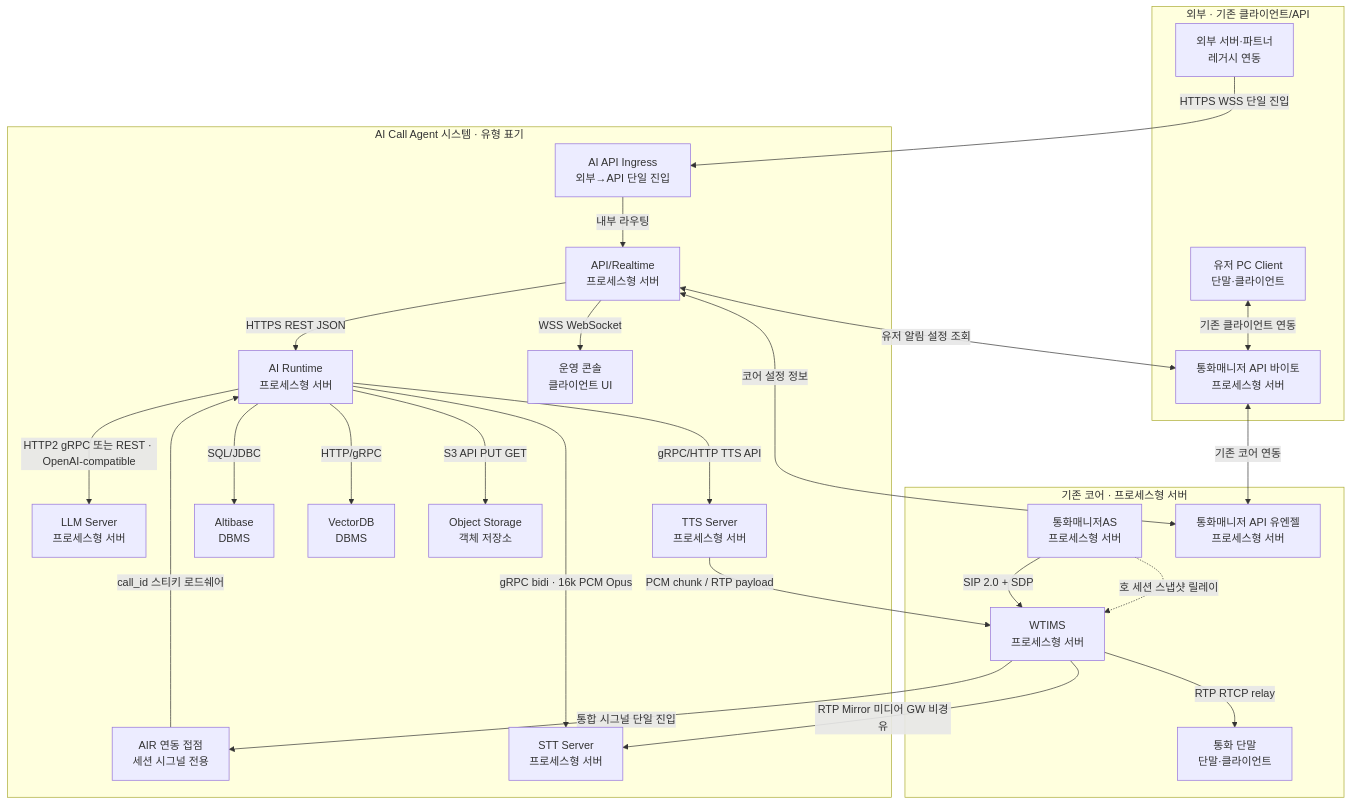
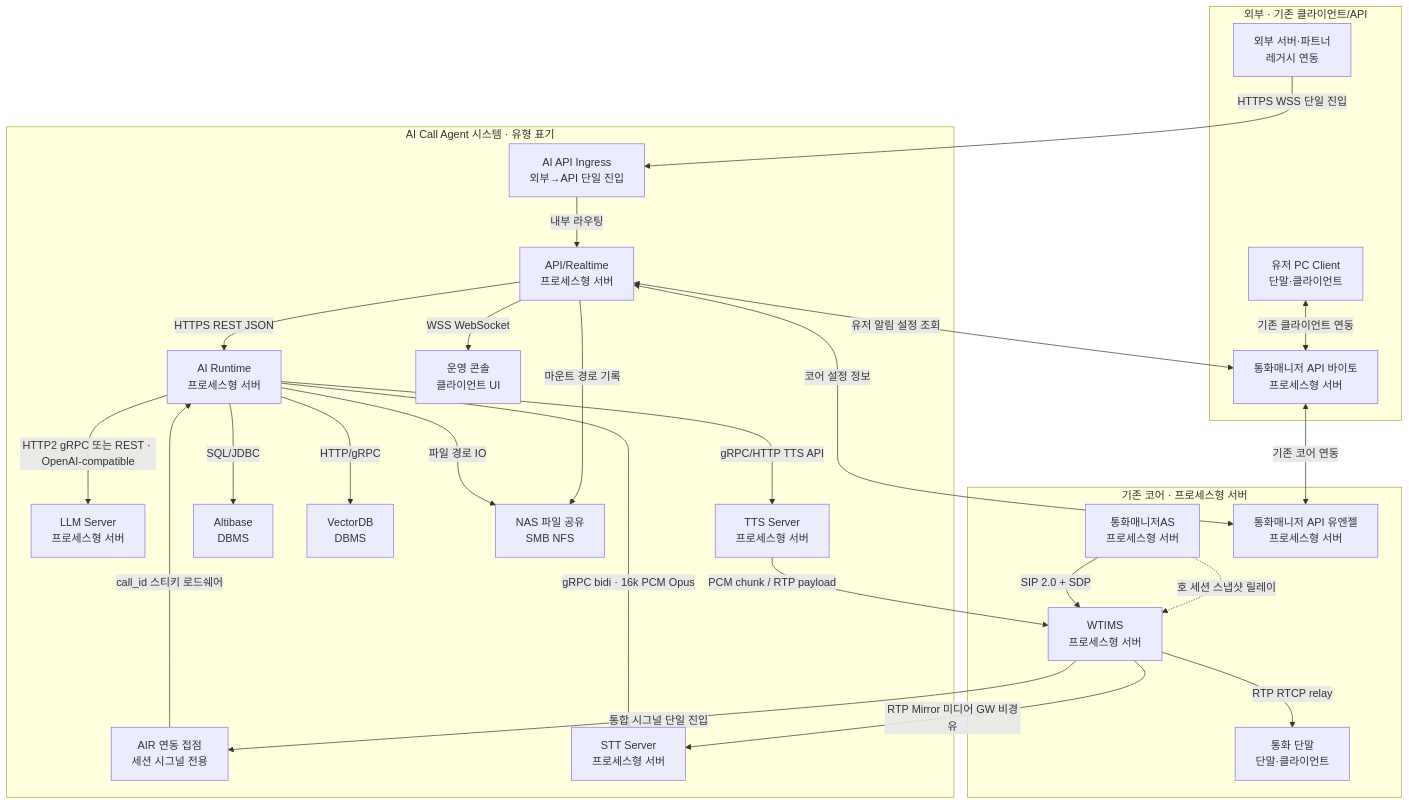
Before and after one commit to hak023/agentic_ai_callbot: the second of 5 diagrams in docs/architecture/production-deployment-architecture.md, drawn with Mermaid. The commit also changed other lines of this file, not shown here.

Commit message:
docs(architecture): production-deployment-architecture NAS Blob 동기화(sip-pbx)

````diff
--- a/docs/architecture/production-deployment-architecture.md
+++ b/docs/architecture/production-deployment-architecture.md
@@ -313,45 +313,46 @@
 ```mermaid
 flowchart TD
     subgraph EXT_LEGACY["외부 · 기존 클라이언트/API"]
         PCL["유저 PC Client<br/>단말·클라이언트"]
         BAPI["통화매니저 API 바이토<br/>프로세스형 서버"]
         EXTAPI["외부 서버·파트너<br/>레거시 연동"]
     end
     subgraph CORE["기존 코어 · 프로세스형 서버"]
         CM["통화매니저AS<br/>프로세스형 서버"] -->|SIP 2.0 + SDP| WT["WTIMS<br/>프로세스형 서버"]
         CM -.->|호 세션 스냅샷 릴레이| WT
         WT -->|RTP RTCP relay| EP["통화 단말<br/>단말·클라이언트"]
         UAPI["통화매니저 API 유엔젤<br/>프로세스형 서버"]
     end
     subgraph ACA["AI Call Agent 시스템 · 유형 표기"]
         GW["AIR 연동 접점<br/>세션 시그널 전용"]
         STT["STT Server<br/>프로세스형 서버"]
         AIR["AI Runtime<br/>프로세스형 서버"]
         LLM["LLM Server<br/>프로세스형 서버"]
         TTS["TTS Server<br/>프로세스형 서버"]
         APIGW["AI API Ingress<br/>외부→API 단일 진입"]
         API["API/Realtime<br/>프로세스형 서버"]
         CON["운영 콘솔<br/>클라이언트 UI"]
         ALT["Altibase<br/>DBMS"]
         VDB["VectorDB<br/>DBMS"]
-        OBJ["Object Storage<br/>객체 저장소"]
+        NASN["NAS 파일 공유<br/>SMB NFS"]
     end
     PCL <-->|기존 클라이언트 연동| BAPI
     BAPI <-->|기존 코어 연동| UAPI
     EXTAPI -->|HTTPS WSS 단일 진입| APIGW
     APIGW -->|내부 라우팅| API
     API <-->|코어 설정 정보| UAPI
     API <-->|유저 알림 설정 조회| BAPI
     WT -->|통합 시그널 단일 진입| GW
     GW -->|call_id 스티키 로드쉐어| AIR
     WT -->|RTP Mirror 미디어 GW 비경유| STT
     AIR -->|gRPC bidi · 16k PCM Opus| STT
     AIR -->|HTTP2 gRPC 또는 REST · OpenAI-compatible| LLM
     AIR -->|gRPC/HTTP TTS API| TTS
     TTS -->|PCM chunk / RTP payload| WT
     API -->|HTTPS REST JSON| AIR
     API -->|WSS WebSocket| CON
     AIR -->|SQL/JDBC| ALT
     AIR -->|HTTP/gRPC| VDB
-    AIR -->|S3 API PUT GET| OBJ
+    AIR -->|파일 경로 IO| NASN
+    API -->|마운트 경로 기록| NASN
 ```
````
